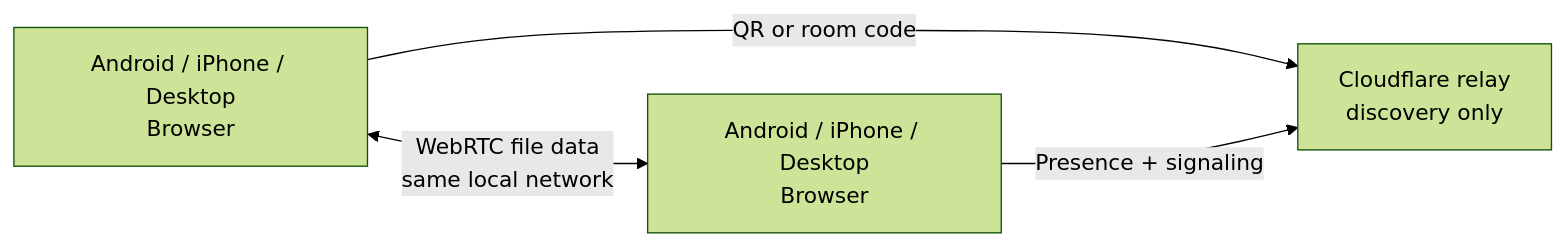
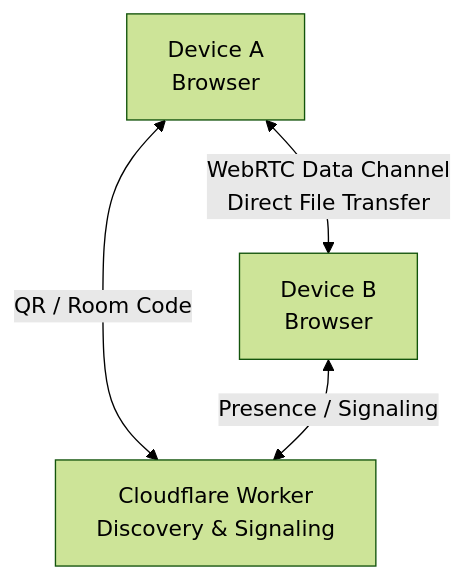
The diagram in README.md (pulkitpareek18/AIR-LOCAL), drawn with Mermaid (forest theme) before and after one commit. The commit also changed other lines of this file, not shown here.

````diff
--- a/README.md
+++ b/README.md
@@ -56,7 +94,6 @@
 ```mermaid
-flowchart LR
-  A["Android / iPhone / Desktop<br />Browser"] <-->|"WebRTC file data<br />same local network"| B["Android / iPhone / Desktop<br />Browser"]
-  A -->|"QR or room code"| R["Cloudflare relay"]
-  B -->|"Presence + signaling"| R
-  R["Cloudflare relay<br />discovery only"]
+flowchart TD
+    A["Device A<br/>Browser"] <-->|"QR / Room Code"| C["Cloudflare Worker<br/>Discovery & Signaling"]
+    B["Device B<br/>Browser"] <-->|"Presence / Signaling"| C
+    A <-->|"WebRTC Data Channel<br/>Direct File Transfer"| B
 ```
````
